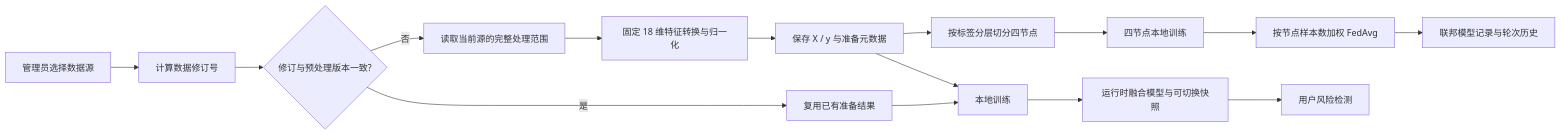
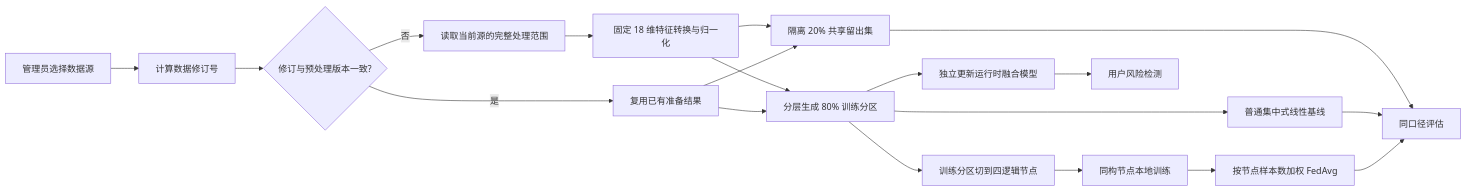
One commit to mengqixi/dachuang changed the diagram in PROJECT_LOGIC_AUDIT.md. Above: the diagram before and after it, drawn with Mermaid. The commit also changed other lines of this file and 10 other files, not shown here.

````diff
--- a/PROJECT_LOGIC_AUDIT.md
+++ b/PROJECT_LOGIC_AUDIT.md
@@ -13,17 +13,21 @@
 ```mermaid
 flowchart LR
     A[管理员选择数据源] --> B[计算数据修订号]
     B --> C{修订与预处理版本一致?}
     C -- 是 --> D[复用已有准备结果]
     C -- 否 --> E[读取当前源的完整处理范围]
     E --> F[固定 18 维特征转换与归一化]
-    F --> G[保存 X / y 与准备元数据]
-    G --> H[按标签分层切分四节点]
-    D --> I[本地训练]
-    G --> I
-    H --> J[四节点本地训练]
-    J --> K[按节点样本数加权 FedAvg]
-    I --> L[运行时融合模型与可切换快照]
-    L --> M[用户风险检测]
-    K --> N[联邦模型记录与轮次历史]
+    F --> G[分层生成 80% 训练分区]
+    F --> H[隔离 20% 共享留出集]
+    D --> G
+    D --> H
+    G --> I[普通集中式线性基线]
+    G --> J[训练分区切到四逻辑节点]
+    J --> K[同构节点本地训练]
+    K --> L[按节点样本数加权 FedAvg]
+    H --> M[同口径评估]
+    I --> M
+    L --> M
+    G --> N[独立更新运行时融合模型]
+    N --> O[用户风险检测]
 ```
````
